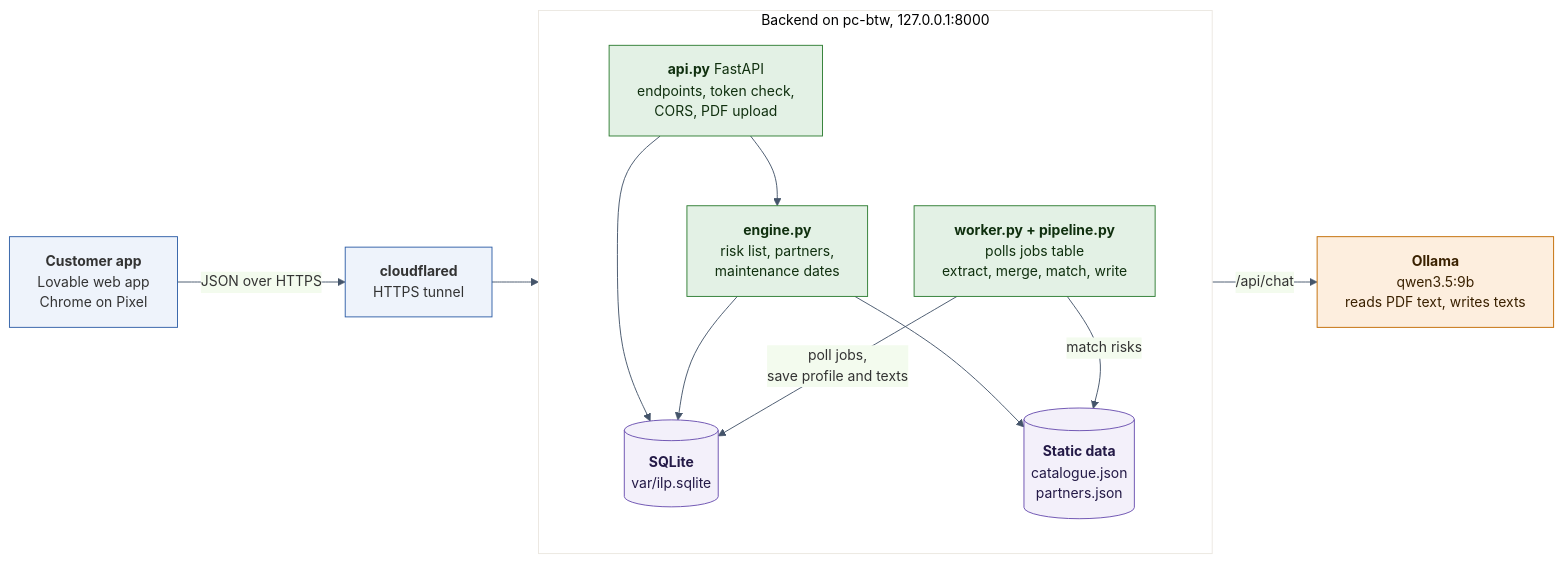
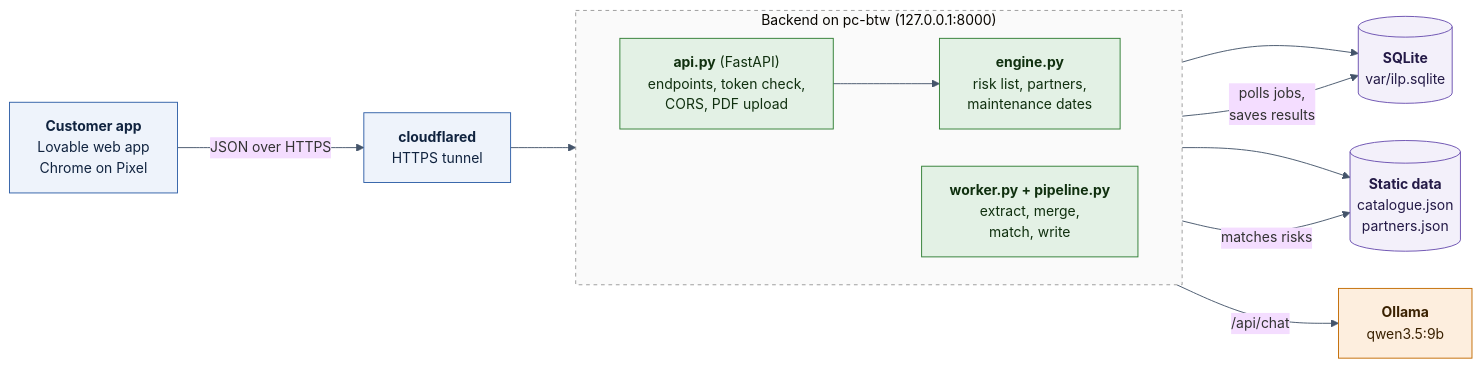
Before and after one commit to carbler1/IF-Ensurance: the diagram in docs/systemdesign/architecture.mmd, drawn with Mermaid. The commit also changed 5 other files, not shown here.

Commit message:
Update the architecture, roadmap and sequence diagrams

```diff
--- a/docs/systemdesign/architecture.mmd
+++ b/docs/systemdesign/architecture.mmd
@@ -1,31 +1,33 @@
-%%{init: {"theme": "base", "themeVariables": {"fontSize": "15px", "primaryColor": "#eef3fb", "primaryBorderColor": "#2f5fa7", "lineColor": "#44546a"}}}%%
+%%{init: {"theme": "base", "flowchart": {"nodeSpacing": 40, "rankSpacing": 70}, "themeVariables": {"fontSize": "15px", "lineColor": "#44546a"}}}%%
 flowchart LR
     app["<b>Customer app</b><br/>Lovable web app<br/>Chrome on Pixel"]
     tunnel["<b>cloudflared</b><br/>HTTPS tunnel"]
 
-    subgraph be["Backend on pc-btw, 127.0.0.1:8000"]
-        direction TB
-        api["<b>api.py</b> FastAPI<br/>endpoints, token check,<br/>CORS, PDF upload"]
+    subgraph be["Backend on pc-btw (127.0.0.1:8000)"]
+        direction LR
+        api["<b>api.py</b> (FastAPI)<br/>endpoints, token check,<br/>CORS, PDF upload"]
         engine["<b>engine.py</b><br/>risk list, partners,<br/>maintenance dates"]
-        worker["<b>worker.py + pipeline.py</b><br/>polls jobs table<br/>extract, merge, match, write"]
-        db[("<b>SQLite</b><br/>var/ilp.sqlite")]
-        files[("<b>Static data</b><br/>catalogue.json<br/>partners.json")]
-        api --> engine
-        api --> db
-        engine --> db
-        engine --> files
-        worker -->|"poll jobs,<br/>save profile and texts"| db
-        worker -->|"match risks"| files
+        worker["<b>worker.py + pipeline.py</b><br/>extract, merge,<br/>match, write"]
     end
 
-    ollama["<b>Ollama</b><br/>qwen3.5:9b<br/>reads PDF text, writes texts"]
+    db[("<b>SQLite</b><br/>var/ilp.sqlite")]
+    data[("<b>Static data</b><br/>catalogue.json<br/>partners.json")]
+    ollama["<b>Ollama</b><br/>qwen3.5:9b"]
 
     app -->|"JSON over HTTPS"| tunnel --> api
+    api --> engine
+    engine --> db
+    engine --> data
+    worker -->|"polls jobs,<br/>saves results"| db
+    worker -->|"matches risks"| data
     worker -->|"/api/chat"| ollama
 
     classDef code fill:#e3f1e5,stroke:#2e7d32,color:#10300f
     classDef model fill:#fdeede,stroke:#c26a00,color:#3a2100
     classDef store fill:#f3f0fa,stroke:#6a4fb0,color:#241a47
+    classDef ext fill:#eef3fb,stroke:#2f5fa7,color:#10233f
     class api,engine,worker code
     class ollama model
-    class db,files store
+    class db,data store
+    class app,tunnel ext
+    style be fill:#fafafa,stroke:#999,stroke-dasharray:4 4
```
